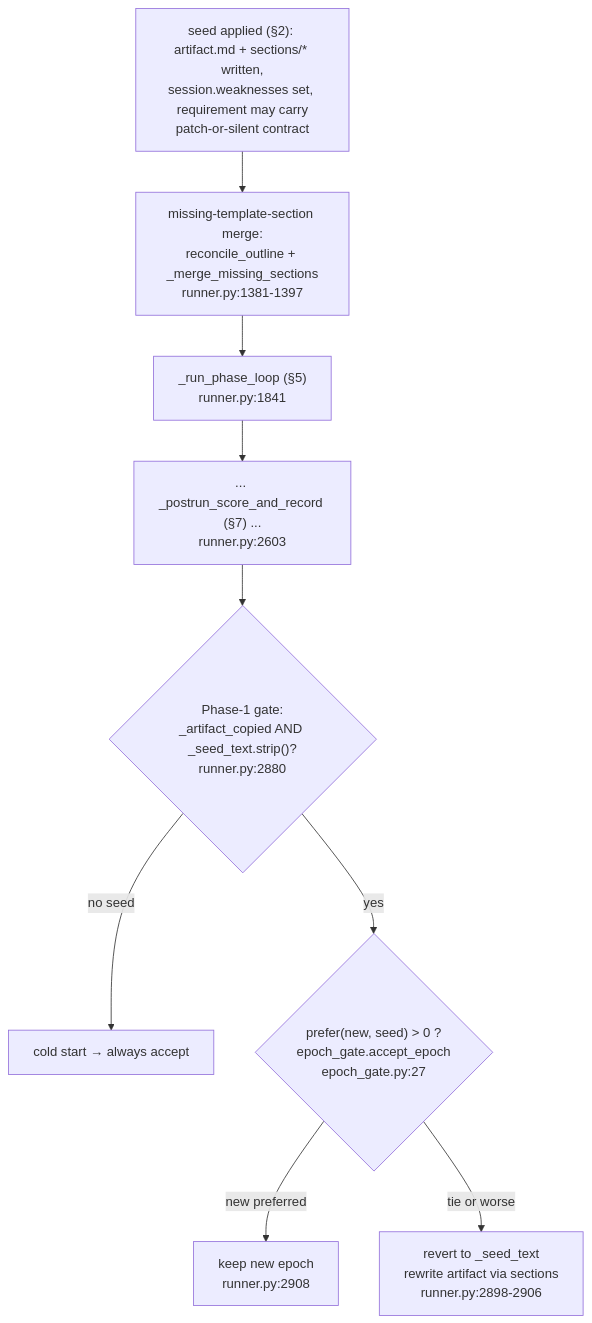
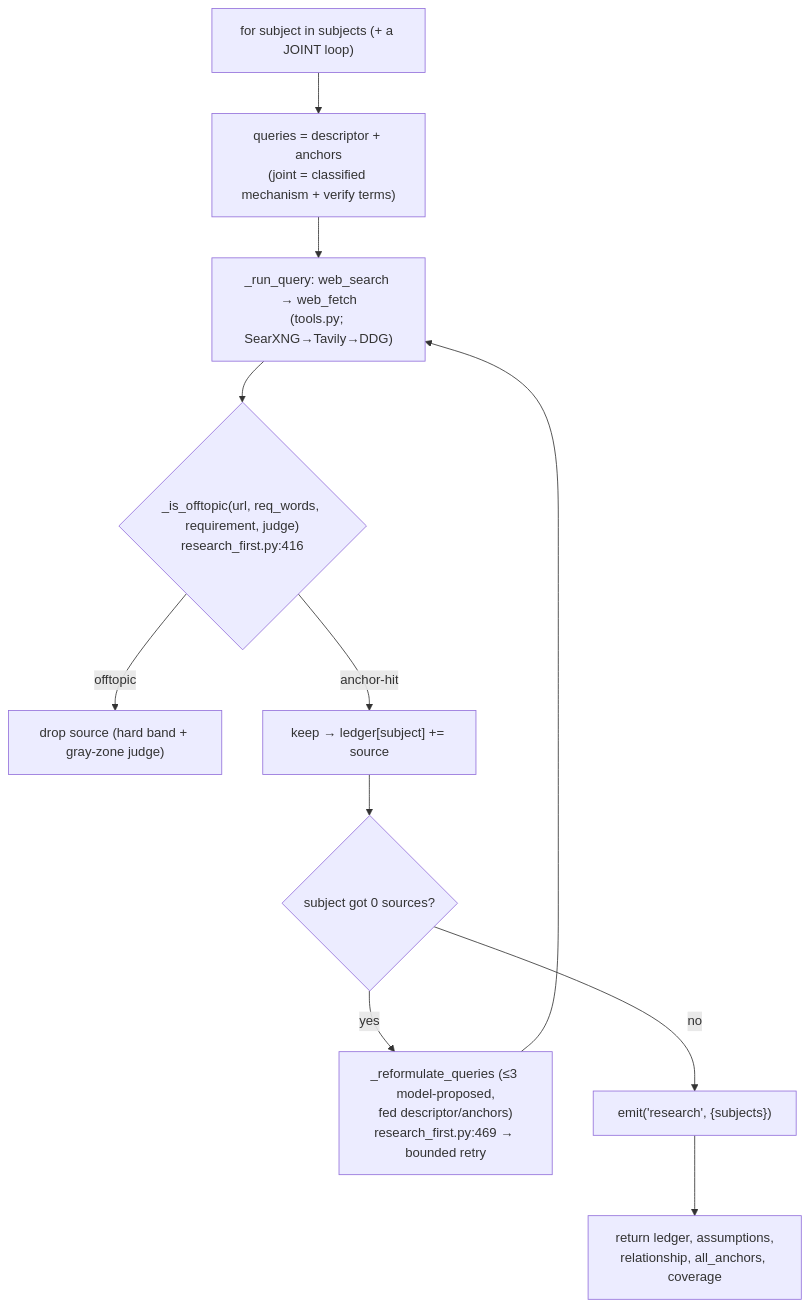
One commit to shaneliuyx/agentkit changed the third of 7 diagrams in agentkit-studio/ARCHITECTURE-doc-generation-pipeline.md. Above: the diagram before and after it, drawn with Mermaid. The commit also changed other lines of this file and 1 other file, not shown here.

First line of the commit message:
docs: research_first-only architecture doc + codex-gate-clear plan status

````diff
--- a/agentkit-studio/ARCHITECTURE-doc-generation-pipeline.md
+++ b/agentkit-studio/ARCHITECTURE-doc-generation-pipeline.md
@@ -271,11 +111,13 @@
 ```mermaid
 flowchart TD
-    D0["seed applied (§2): artifact.md + sections/* written,<br/>session.weaknesses set, requirement may carry<br/>patch-or-silent contract"] --> D1["missing-template-section merge:<br/>reconcile_outline + _merge_missing_sections<br/>runner.py:1381-1397"]
-    D1 --> D2["_run_phase_loop (§5)<br/>runner.py:1841"]
-    D2 --> D3["... _postrun_score_and_record (§7) ...<br/>runner.py:2603"]
-    D3 --> GATE{"Phase-1 gate:<br/>_artifact_copied AND _seed_text.strip()?<br/>runner.py:2880"}
-    GATE -->|no seed| ACCEPT["cold start → always accept"]
-    GATE -->|yes| PREF{"prefer(new, seed) &gt; 0 ?<br/>epoch_gate.accept_epoch<br/>epoch_gate.py:27"}
-    PREF -->|new preferred| KEEP["keep new epoch<br/>runner.py:2908"]
-    PREF -->|tie or worse| REVERT["revert to _seed_text<br/>rewrite artifact via sections<br/>runner.py:2898-2906"]
+    R0["for subject in subjects (+ a JOINT loop)"] --> R1["queries = descriptor + anchors<br/>(joint = classified mechanism + verify terms)"]
+    R1 --> R2["_run_query: web_search → web_fetch<br/>(tools.py; SearXNG→Tavily→DDG)"]
+    R2 --> R3{"_is_offtopic(url, req_words, requirement, judge)<br/>research_first.py:416"}
+    R3 -->|offtopic| DROP["drop source (hard band + gray-zone judge)"]
+    R3 -->|anchor-hit| KEEP["keep → ledger[subject] += source"]
+    KEEP --> R4{"subject got 0 sources?"}
+    R4 -->|yes| RQ["_reformulate_queries (≤3 model-proposed,<br/>fed descriptor/anchors)<br/>research_first.py:469 → bounded retry"]
+    R4 -->|no| R5
+    RQ --> R2
+    R5["emit('research', {subjects})"] --> R6["return ledger, assumptions,<br/>relationship, all_anchors, coverage"]
 ```
````
